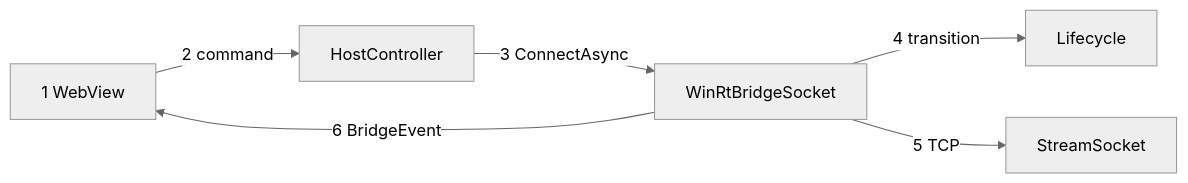
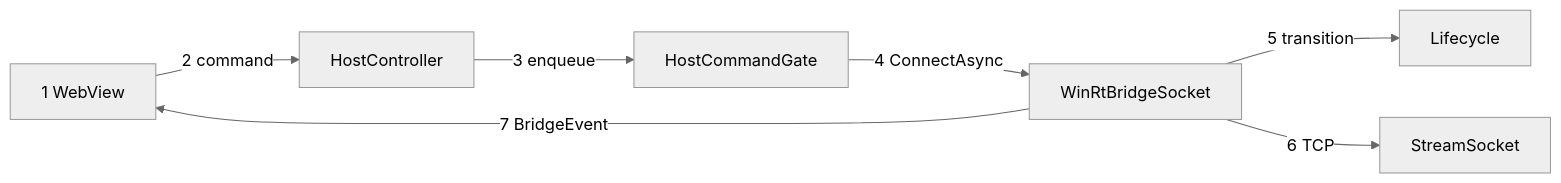
Diagram 12 of 14 in docs/architecture/uml.md (aloisiocosta-prof/universal-ssh), drawn with Mermaid (neutral theme) before and after one commit. The commit also changed other lines of this file and 7 other files, not shown here.

First line of the commit message:
feat(uwp): serialize host bridge commands (#63)

````diff
--- a/docs/architecture/uml.md
+++ b/docs/architecture/uml.md
@@ -130,8 +137,9 @@
 ```mermaid
 flowchart LR
   W["1 WebView"] -->|"2 command"| H["HostController"]
-  H -->|"3 ConnectAsync"| S["WinRtBridgeSocket"]
-  S -->|"4 transition"| L["Lifecycle"]
-  S -->|"5 TCP"| T["StreamSocket"]
-  S -->|"6 BridgeEvent"| W
+  H -->|"3 enqueue"| G["HostCommandGate"]
+  G -->|"4 ConnectAsync"| S["WinRtBridgeSocket"]
+  S -->|"5 transition"| L["Lifecycle"]
+  S -->|"6 TCP"| T["StreamSocket"]
+  S -->|"7 BridgeEvent"| W
 ```
````
